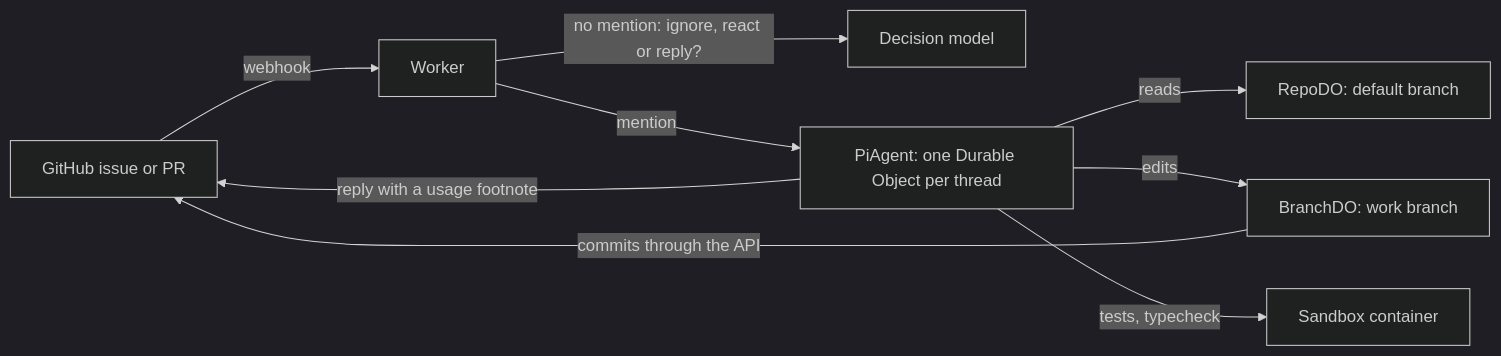
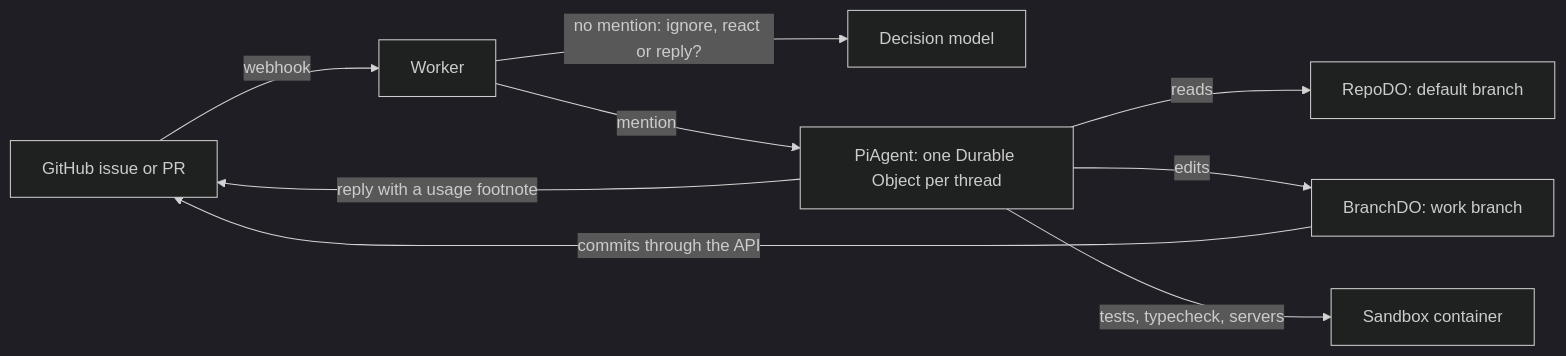
The diagram in README.md (madscientist111/benny), drawn with Mermaid (dark theme) before and after one commit. The commit also changed other lines of this file and 5 other files, not shown here.

````diff
--- a/README.md
+++ b/README.md
@@ -27,11 +46,11 @@
 ```mermaid
 flowchart LR
   gh[GitHub issue or PR] -->|webhook| worker[Worker]
   worker -->|no mention: ignore, react or reply?| jev[Decision model]
   worker -->|mention| agent[PiAgent: one Durable Object per thread]
   agent -->|reads| repo[RepoDO: default branch]
   agent -->|edits| branch[BranchDO: work branch]
-  agent -->|tests, typecheck| sandbox[Sandbox container]
+  agent -->|tests, typecheck, servers| sandbox[Sandbox container]
   branch -->|commits through the API| gh
   agent -->|reply with a usage footnote| gh
 ```
````
